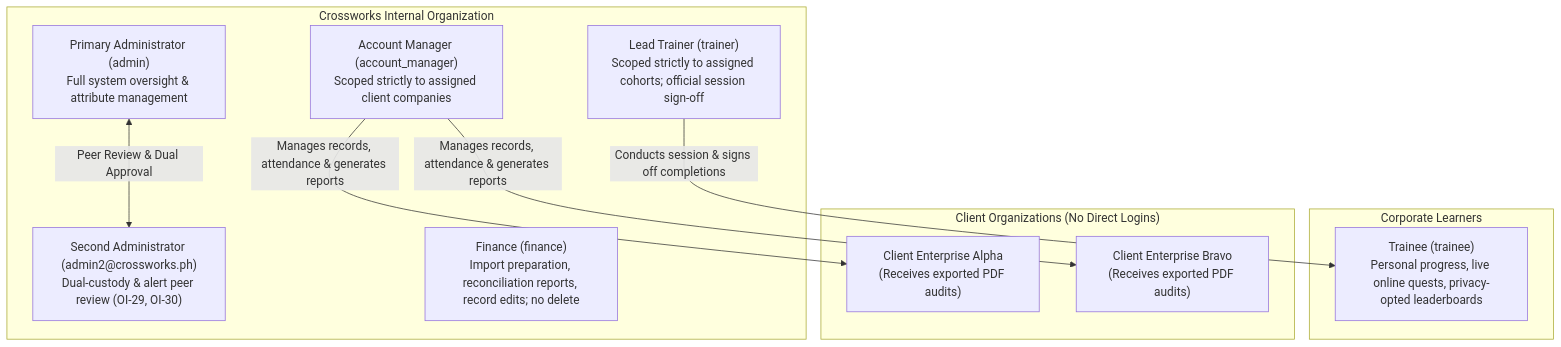
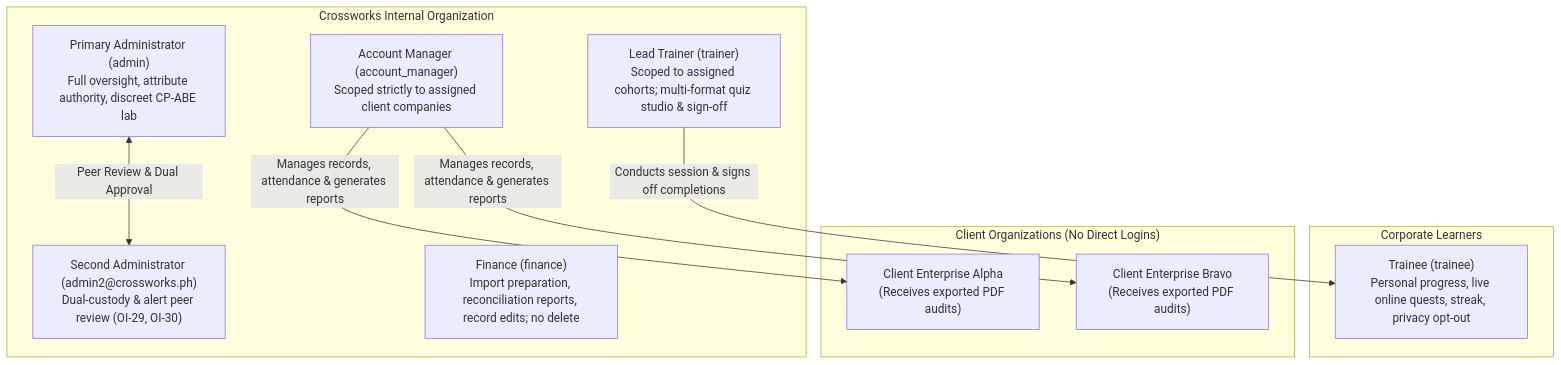
The second of 11 diagrams in SYSTEM_ARCHITECTURE.md (UniDra0318/CrossQuest), drawn with Mermaid before and after one commit. The commit also changed other lines of this file, not shown here.

Commit message:
docs: update system architecture to match current system and component catalog

````diff
--- a/SYSTEM_ARCHITECTURE.md
+++ b/SYSTEM_ARCHITECTURE.md
@@ -73,24 +85,24 @@
 ```mermaid
 flowchart TD
     subgraph CrossworksCorp["Crossworks Internal Organization"]
-        Admin1["Primary Administrator (admin)\nFull system oversight & attribute management"]
+        Admin1["Primary Administrator (admin)\nFull oversight, attribute authority, discreet CP-ABE lab"]
         Admin2["Second Administrator (admin2@crossworks.ph)\nDual-custody & alert peer review (OI-29, OI-30)"]
         AM["Account Manager (account_manager)\nScoped strictly to assigned client companies"]
         Finance["Finance (finance)\nImport preparation, reconciliation reports, record edits; no delete"]
-        Trainer["Lead Trainer (trainer)\nScoped strictly to assigned cohorts; official session sign-off"]
+        Trainer["Lead Trainer (trainer)\nScoped to assigned cohorts; multi-format quiz studio & sign-off"]
     end
 
     subgraph TraineeCommunity["Corporate Learners"]
-        Trainee["Trainee (trainee)\nPersonal progress, live online quests, privacy-opted leaderboards"]
+        Trainee["Trainee (trainee)\nPersonal progress, live online quests, streak, privacy opt-out"]
     end
 
     subgraph ClientCompanies["Client Organizations (No Direct Logins)"]
         ClientA["Client Enterprise Alpha\n(Receives exported PDF audits)"]
         ClientB["Client Enterprise Bravo\n(Receives exported PDF audits)"]
     end
 
     Admin1 <-->|Peer Review & Dual Approval| Admin2
     AM -->|Manages records, attendance & generates reports| ClientA
     AM -->|Manages records, attendance & generates reports| ClientB
     Trainer -->|Conducts session & signs off completions| Trainee
 ```
````
